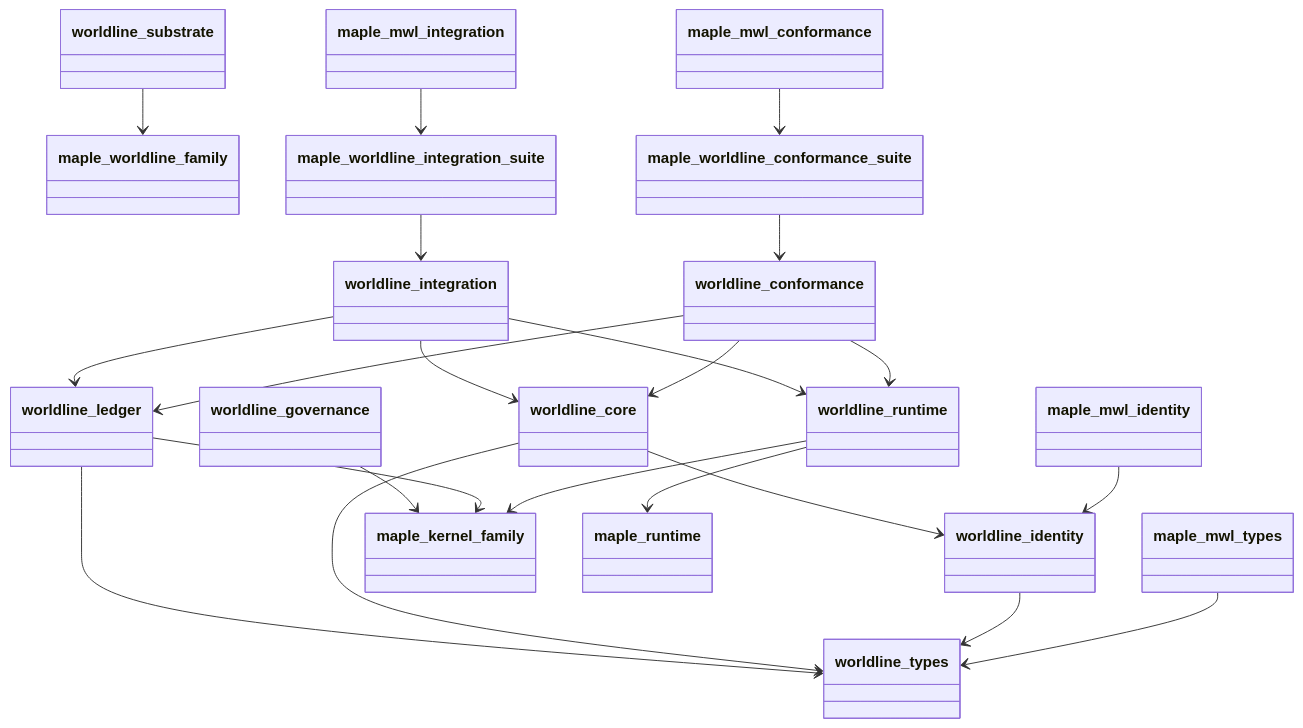
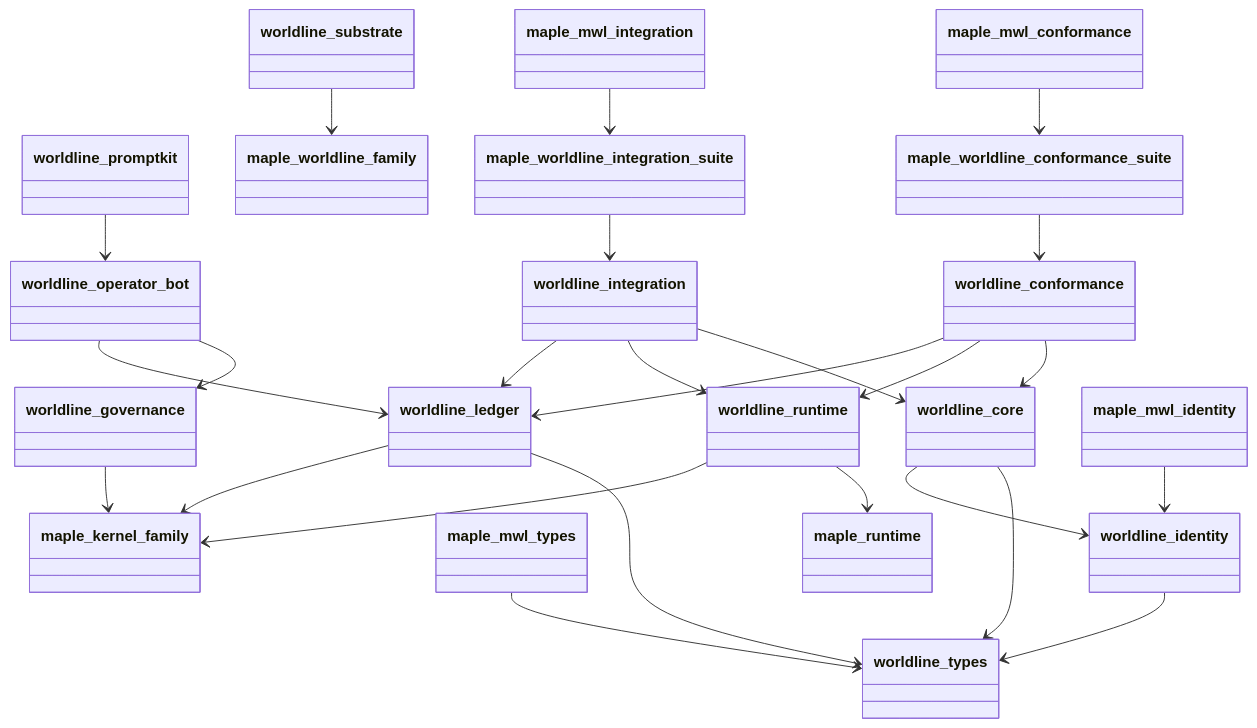
The second of 2 diagrams in docs/architecture/02-crate-layout.md (mapleaiorg/maple), drawn with Mermaid before and after one commit. The commit also changed other lines of this file and 52 other files, not shown here.

````diff
--- a/docs/architecture/02-crate-layout.md
+++ b/docs/architecture/02-crate-layout.md
@@ -122,44 +132,49 @@
 ```mermaid
 classDiagram
   class worldline_types
   class worldline_identity
   class worldline_core
   class worldline_runtime
   class worldline_ledger
   class worldline_governance
+  class worldline_operator_bot
+  class worldline_promptkit
   class worldline_substrate
   class worldline_conformance
   class worldline_integration
 
   class maple_mwl_types
   class maple_mwl_identity
   class maple_kernel_family
   class maple_runtime
   class maple_worldline_family
   class maple_worldline_conformance_suite
   class maple_worldline_integration_suite
   class maple_mwl_conformance
   class maple_mwl_integration
 
   maple_mwl_types --> worldline_types
   maple_mwl_identity --> worldline_identity
   worldline_identity --> worldline_types
   worldline_core --> worldline_types
   worldline_core --> worldline_identity
   worldline_runtime --> maple_runtime
   worldline_runtime --> maple_kernel_family
   worldline_ledger --> worldline_types
   worldline_ledger --> maple_kernel_family
   worldline_governance --> maple_kernel_family
+  worldline_operator_bot --> worldline_governance
+  worldline_operator_bot --> worldline_ledger
+  worldline_promptkit --> worldline_operator_bot
   worldline_substrate --> maple_worldline_family
   maple_worldline_conformance_suite --> worldline_conformance
   maple_mwl_conformance --> maple_worldline_conformance_suite
   worldline_conformance --> worldline_core
   worldline_conformance --> worldline_runtime
   worldline_conformance --> worldline_ledger
   maple_worldline_integration_suite --> worldline_integration
   maple_mwl_integration --> maple_worldline_integration_suite
   worldline_integration --> worldline_core
   worldline_integration --> worldline_runtime
   worldline_integration --> worldline_ledger
 ```
````
